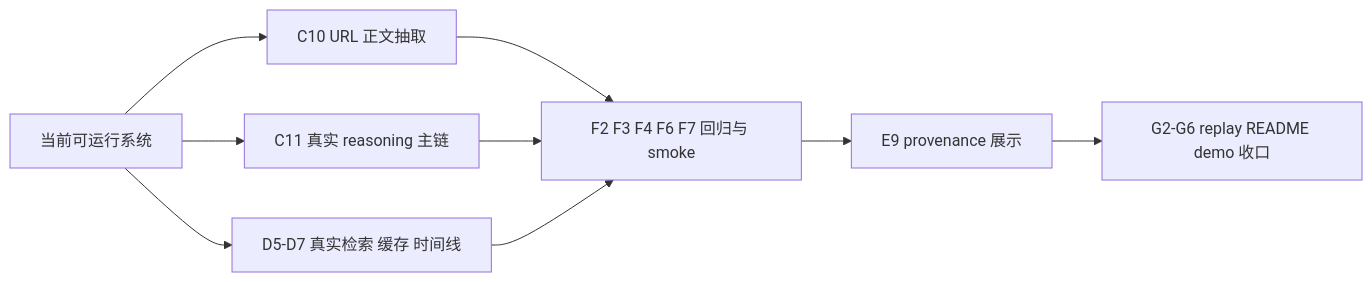
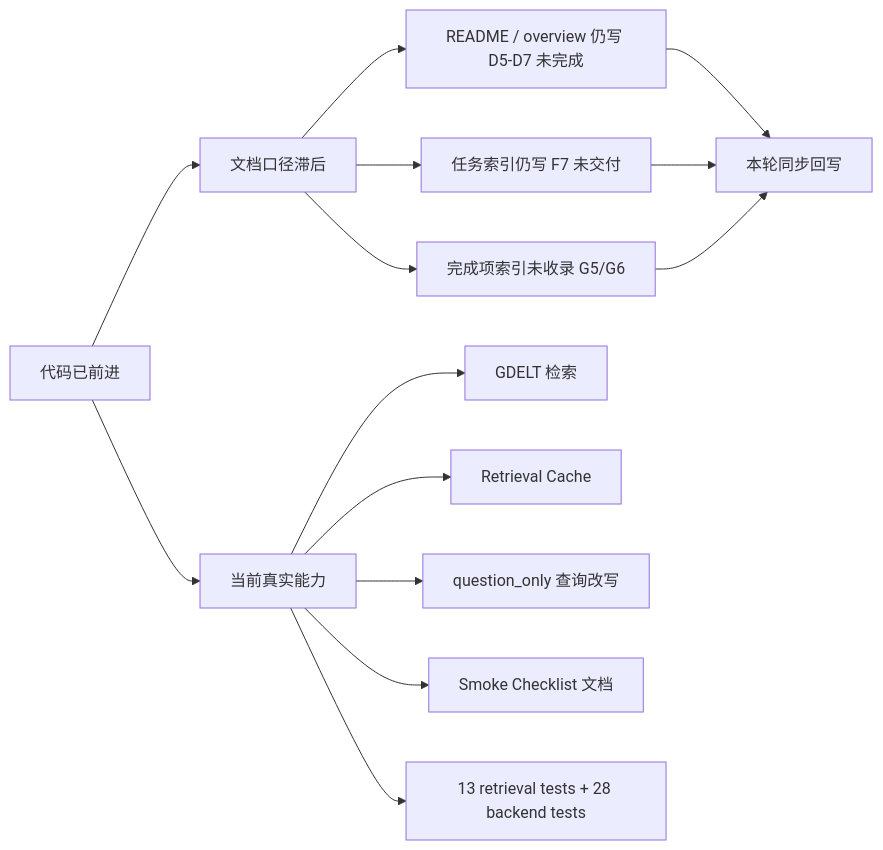
The diagram in overview/09_stage-progress-and-task-audit.md (forwaryan/rumor-checking), drawn with Mermaid before and after one commit. The commit also changed other lines of this file and 42 other files, not shown here.

````diff
--- a/overview/09_stage-progress-and-task-audit.md
+++ b/overview/09_stage-progress-and-task-audit.md
@@ -20,11 +11,16 @@
 ```mermaid
 flowchart LR
-    A["当前可运行系统"] --> B["C10 URL 正文抽取"]
-    A --> C["C11 真实 reasoning 主链"]
-    A --> D["D5-D7 真实检索 缓存 时间线"]
-    B --> E["F2 F3 F4 F6 F7 回归与 smoke"]
-    C --> E
-    D --> E
-    E --> F["E9 provenance 展示"]
-    F --> G["G2-G6 replay README demo 收口"]
+    A["代码已前进"] --> B["文档口径滞后"]
+    B --> C["README / overview 仍写 D5-D7 未完成"]
+    B --> D["任务索引仍写 F7 未交付"]
+    B --> E["完成项索引未收录 G5/G6"]
+    A --> F["当前真实能力"]
+    F --> F1["GDELT 检索"]
+    F --> F2["Retrieval Cache"]
+    F --> F3["question_only 查询改写"]
+    F --> F4["Smoke Checklist 文档"]
+    F --> F5["13 retrieval tests + 28 backend tests"]
+    C --> G["本轮同步回写"]
+    D --> G
+    E --> G
 ```
````
